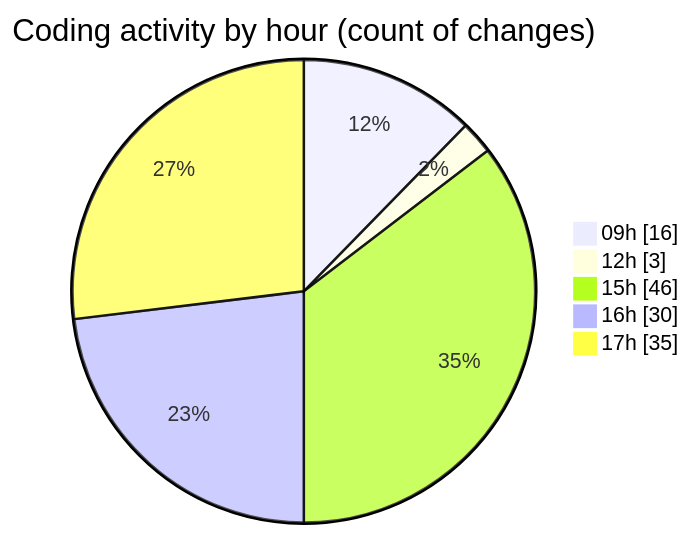
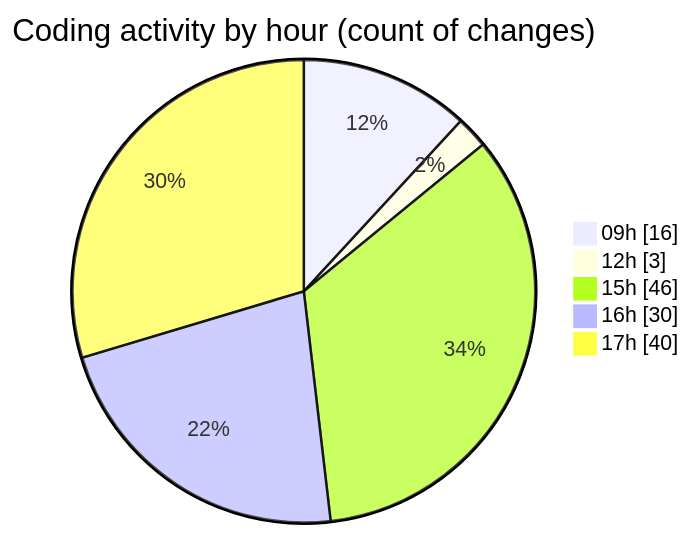
Before and after one commit to momahboobian/code-tracking: the second of 2 diagrams in 2025-07-08/cda/README.md, drawn with Mermaid. The commit also changed other lines of this file and 1 other file, not shown here.

````diff
--- a/2025-07-08/cda/README.md
+++ b/2025-07-08/cda/README.md
@@ -57,9 +57,9 @@
 ```mermaid
 pie showData
 title Coding activity by hour (count of changes)
 "09h" : 16
 "12h" : 3
 "15h" : 46
 "16h" : 30
-"17h" : 35
+"17h" : 40
 ```
````
